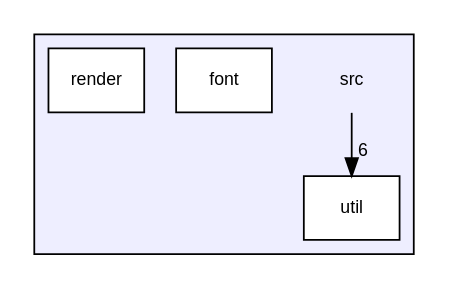
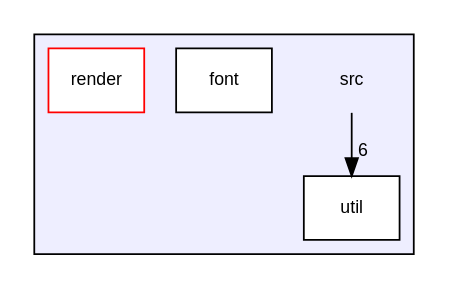
Before and after one commit to codaris/picovga-cmake: the diagram in docs/dir_68267d1309a1af8e8297ef4c3efbcdba_dep.dot, drawn with Graphviz. The commit also changed 31 other files, not shown here.

```diff
--- a/docs/dir_68267d1309a1af8e8297ef4c3efbcdba_dep.dot
+++ b/docs/dir_68267d1309a1af8e8297ef4c3efbcdba_dep.dot
@@ -1,13 +1,13 @@
 digraph "src" {
   compound=true
   node [ fontsize="10", fontname="Helvetica"];
   edge [ labelfontsize="10", labelfontname="Helvetica"];
   subgraph clusterdir_68267d1309a1af8e8297ef4c3efbcdba {
     graph [ bgcolor="#eeeeff", pencolor="black", label="" URL="dir_68267d1309a1af8e8297ef4c3efbcdba.html"];
     dir_68267d1309a1af8e8297ef4c3efbcdba [shape=plaintext label="src"];
   dir_d427579e6d954d5fb6f37ea89b80f66e [shape=box label="font" fillcolor="white" style="filled" URL="dir_d427579e6d954d5fb6f37ea89b80f66e.html"];
-  dir_e488ee1cea97fb16abdb5ccc78d2123b [shape=box label="render" fillcolor="white" style="filled" URL="dir_e488ee1cea97fb16abdb5ccc78d2123b.html"];
+  dir_e488ee1cea97fb16abdb5ccc78d2123b [shape=box label="render" fillcolor="white" style="filled" color="red" URL="dir_e488ee1cea97fb16abdb5ccc78d2123b.html"];
   dir_b7878ad5ecbf2506f4125b9d34c97e45 [shape=box label="util" fillcolor="white" style="filled" URL="dir_b7878ad5ecbf2506f4125b9d34c97e45.html"];
   }
-  dir_68267d1309a1af8e8297ef4c3efbcdba->dir_b7878ad5ecbf2506f4125b9d34c97e45 [headlabel="6", labeldistance=1.5 headhref="dir_000010_000013.html"];
+  dir_68267d1309a1af8e8297ef4c3efbcdba->dir_b7878ad5ecbf2506f4125b9d34c97e45 [headlabel="6", labeldistance=1.5 headhref="dir_000017_000022.html"];
 }
```
